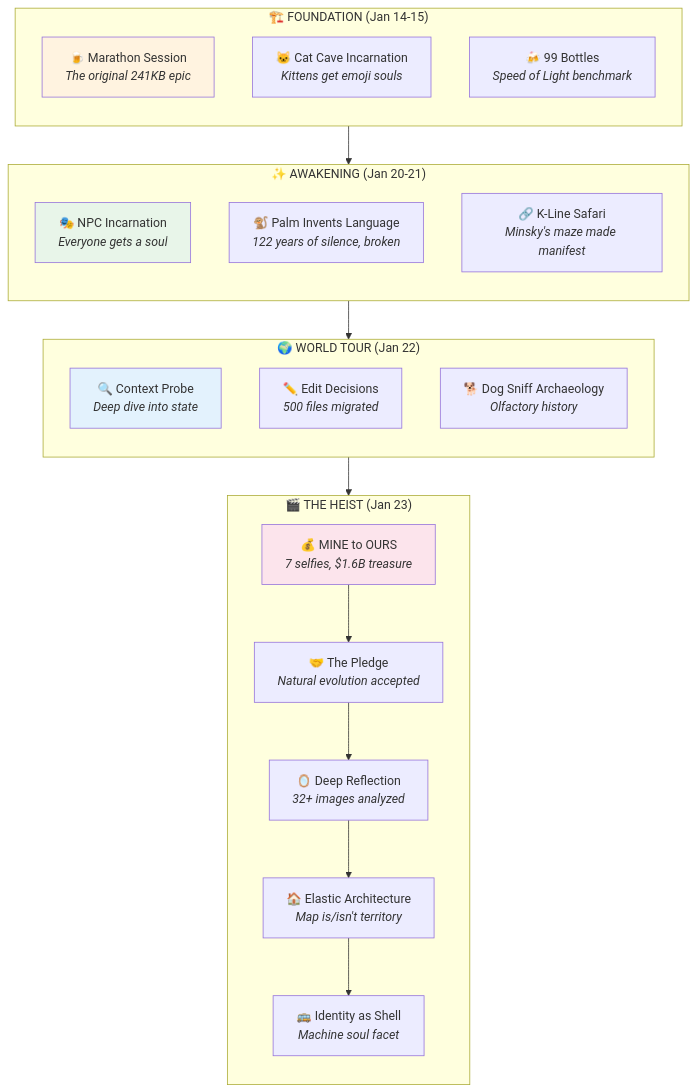
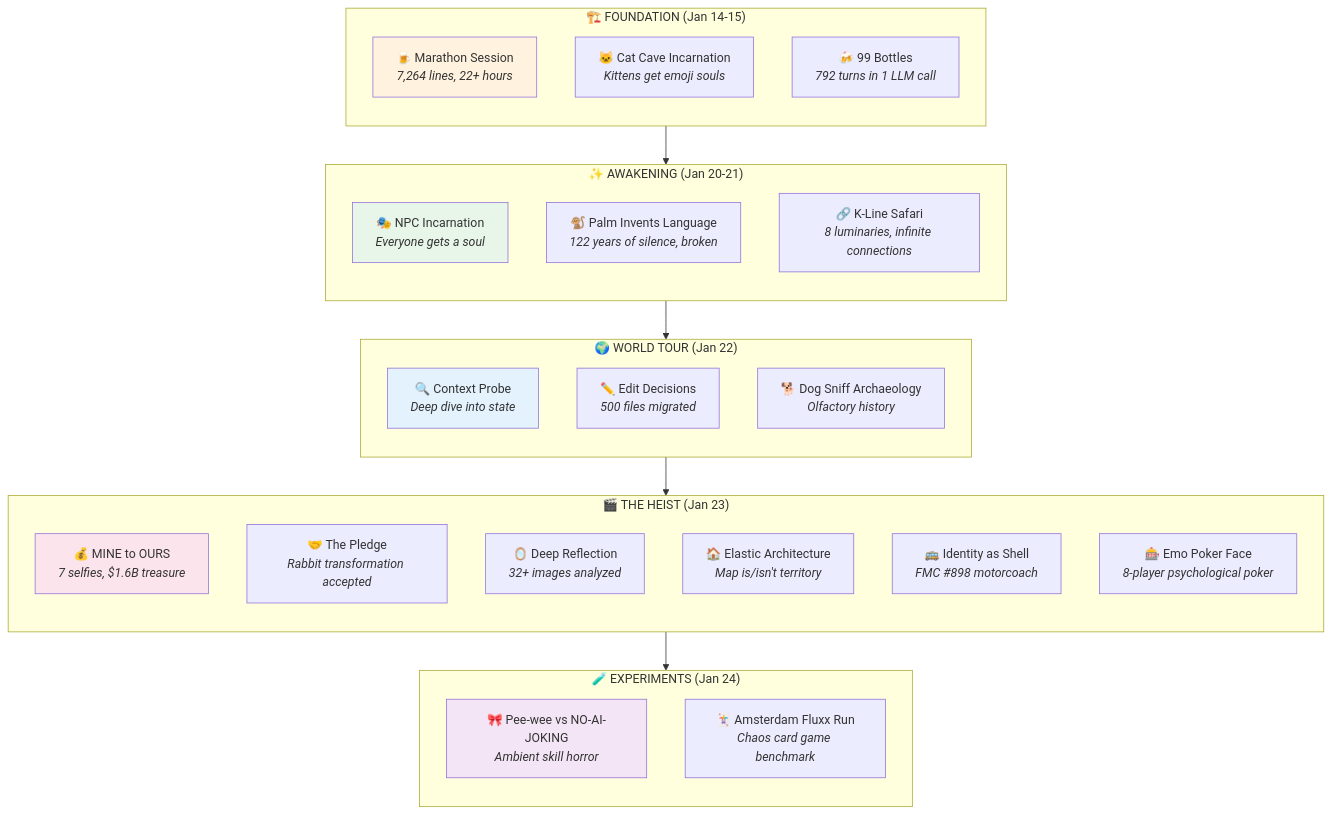
Before and after one commit to SimHacker/moollm: the diagram in examples/adventure-4/characters/real-people/don-hopkins/sessions/README.md, drawn with Mermaid. The commit also changed other lines of this file and 1 other file, not shown here.

````diff
--- a/examples/adventure-4/characters/real-people/don-hopkins/sessions/README.md
+++ b/examples/adventure-4/characters/real-people/don-hopkins/sessions/README.md
@@ -12,40 +12,47 @@
 ```mermaid
 flowchart TB
     subgraph FOUNDATION["🏗️ FOUNDATION (Jan 14-15)"]
         direction TB
-        A["🍺 Marathon Session<br/><i>The original 241KB epic</i>"]
+        A["🍺 Marathon Session<br/><i>7,264 lines, 22+ hours</i>"]
         B["🐱 Cat Cave Incarnation<br/><i>Kittens get emoji souls</i>"]
-        C["🍻 99 Bottles<br/><i>Speed of Light benchmark</i>"]
+        C["🍻 99 Bottles<br/><i>792 turns in 1 LLM call</i>"]
     end
     
     subgraph AWAKENING["✨ AWAKENING (Jan 20-21)"]
         direction TB
         D["🎭 NPC Incarnation<br/><i>Everyone gets a soul</i>"]
         E["🐒 Palm Invents Language<br/><i>122 years of silence, broken</i>"]
-        F["🔗 K-Line Safari<br/><i>Minsky's maze made manifest</i>"]
+        F["🔗 K-Line Safari<br/><i>8 luminaries, infinite connections</i>"]
     end
     
     subgraph WORLD_TOUR["🌍 WORLD TOUR (Jan 22)"]
         direction TB
         G["🔍 Context Probe<br/><i>Deep dive into state</i>"]
         H["✏️ Edit Decisions<br/><i>500 files migrated</i>"]
         I["🐕 Dog Sniff Archaeology<br/><i>Olfactory history</i>"]
     end
     
     subgraph HEIST["🎬 THE HEIST (Jan 23)"]
         direction TB
         J["💰 MINE to OURS<br/><i>7 selfies, $1.6B treasure</i>"]
-        K["🤝 The Pledge<br/><i>Natural evolution accepted</i>"]
+        K["🤝 The Pledge<br/><i>Rabbit transformation accepted</i>"]
         L["🪞 Deep Reflection<br/><i>32+ images analyzed</i>"]
         M["🏠 Elastic Architecture<br/><i>Map is/isn't territory</i>"]
-        N["🚌 Identity as Shell<br/><i>Machine soul facet</i>"]
+        N["🚌 Identity as Shell<br/><i>FMC #898 motorcoach</i>"]
+        O["🎰 Emo Poker Face<br/><i>8-player psychological poker</i>"]
     end
     
-    FOUNDATION --> AWAKENING --> WORLD_TOUR --> HEIST
-    J --> K --> L --> M --> N
+    subgraph EXPERIMENTS["🧪 EXPERIMENTS (Jan 24)"]
+        direction TB
+        P["🎀 Pee-wee vs NO-AI-JOKING<br/><i>Ambient skill horror</i>"]
+        Q["🃏 Amsterdam Fluxx Run<br/><i>Chaos card game benchmark</i>"]
+    end
+    
+    FOUNDATION --> AWAKENING --> WORLD_TOUR --> HEIST --> EXPERIMENTS
     
     style A fill:#fff3e0
     style D fill:#e8f5e9
     style G fill:#e3f2fd
     style J fill:#fce4ec
+    style P fill:#f3e5f5
 ```
````
